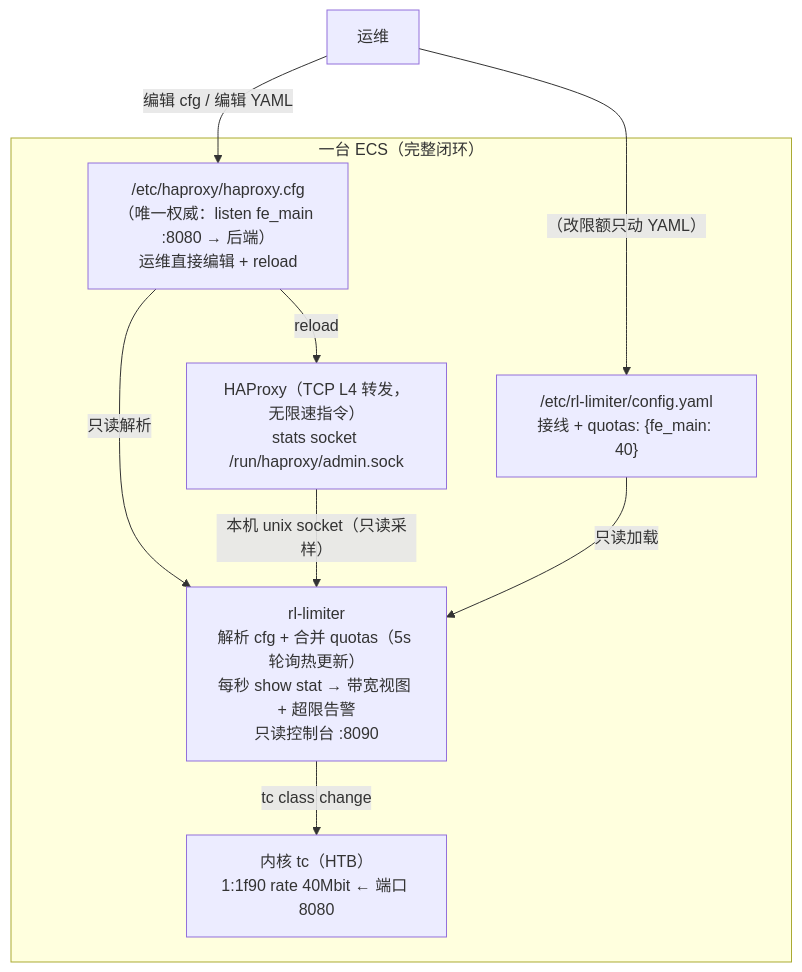
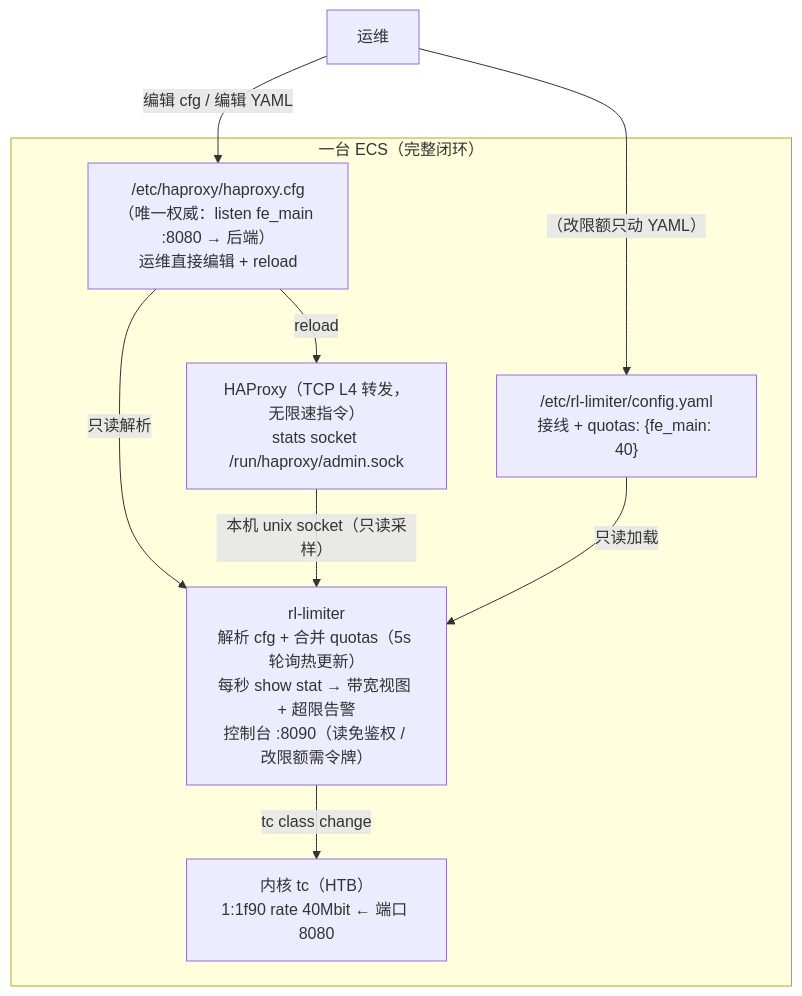
One commit to ipest-info/haproxy_ingress_rate_limiter changed the diagram in docs/01-方案设计.md. Above: the diagram before and after it, drawn with Mermaid. The commit also changed other lines of this file and 28 other files, not shown here.

````diff
--- a/docs/01-方案设计.md
+++ b/docs/01-方案设计.md
@@ -65,18 +66,18 @@
 ```mermaid
 flowchart TD
     subgraph N1["一台 ECS（完整闭环）"]
         CFG["/etc/haproxy/haproxy.cfg<br/>（唯一权威：listen fe_main :8080 → 后端）<br/>运维直接编辑 + reload"]
         YAML["/etc/rl-limiter/config.yaml<br/>接线 + quotas: {fe_main: 40}"]
         HA1["HAProxy（TCP L4 转发，无限速指令）<br/>stats socket /run/haproxy/admin.sock"]
         TC["内核 tc（HTB）<br/>1:1f90 rate 40Mbit ← 端口 8080"]
-        RL1["rl-limiter<br/>解析 cfg + 合并 quotas（5s 轮询热更新）<br/>每秒 show stat → 带宽视图 + 超限告警<br/>只读控制台 :8090"]
+        RL1["rl-limiter<br/>解析 cfg + 合并 quotas（5s 轮询热更新）<br/>每秒 show stat → 带宽视图 + 超限告警<br/>控制台 :8090（读免鉴权 / 改限额需令牌）"]
         CFG -->|"只读解析"| RL1
         YAML -->|"只读加载"| RL1
         CFG -->|"reload"| HA1
         RL1 -->|"tc class change"| TC
         HA1 -->|"本机 unix socket（只读采样）"| RL1
     end
 
     OPS["运维"] -->|"编辑 cfg / 编辑 YAML"| CFG
     OPS -->|"（改限额只动 YAML）"| YAML
 ```
````
